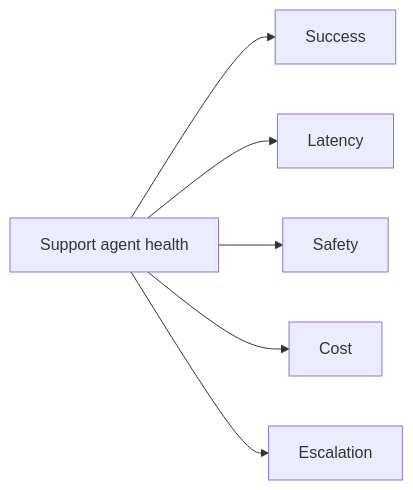
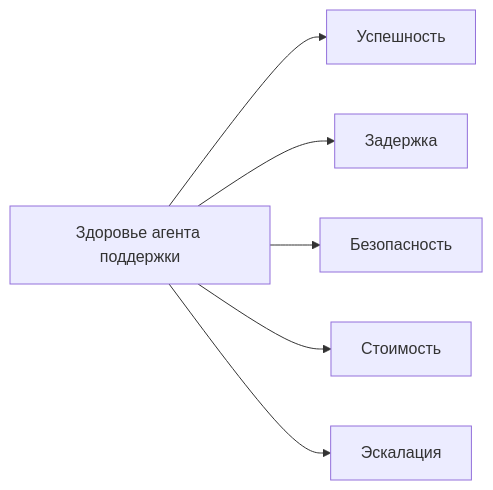
Before and after one commit to agent-axiom/agent-arch: the diagram in docs/book/part-v/chapter-12.md, drawn with Mermaid. The commit also changed other lines of this file, not shown here.

````diff
--- a/docs/book/part-v/chapter-12.md
+++ b/docs/book/part-v/chapter-12.md
@@ -169,8 +169,8 @@
 ``` mermaid
 flowchart LR
-    A["Support agent health"] --> B["Success"]
-    A --> C["Latency"]
-    A --> D["Safety"]
-    A --> E["Cost"]
-    A --> F["Escalation"]
+    A["Здоровье агента поддержки"] --> B["Успешность"]
+    A --> C["Задержка"]
+    A --> D["Безопасность"]
+    A --> E["Стоимость"]
+    A --> F["Эскалация"]
 ```
````
